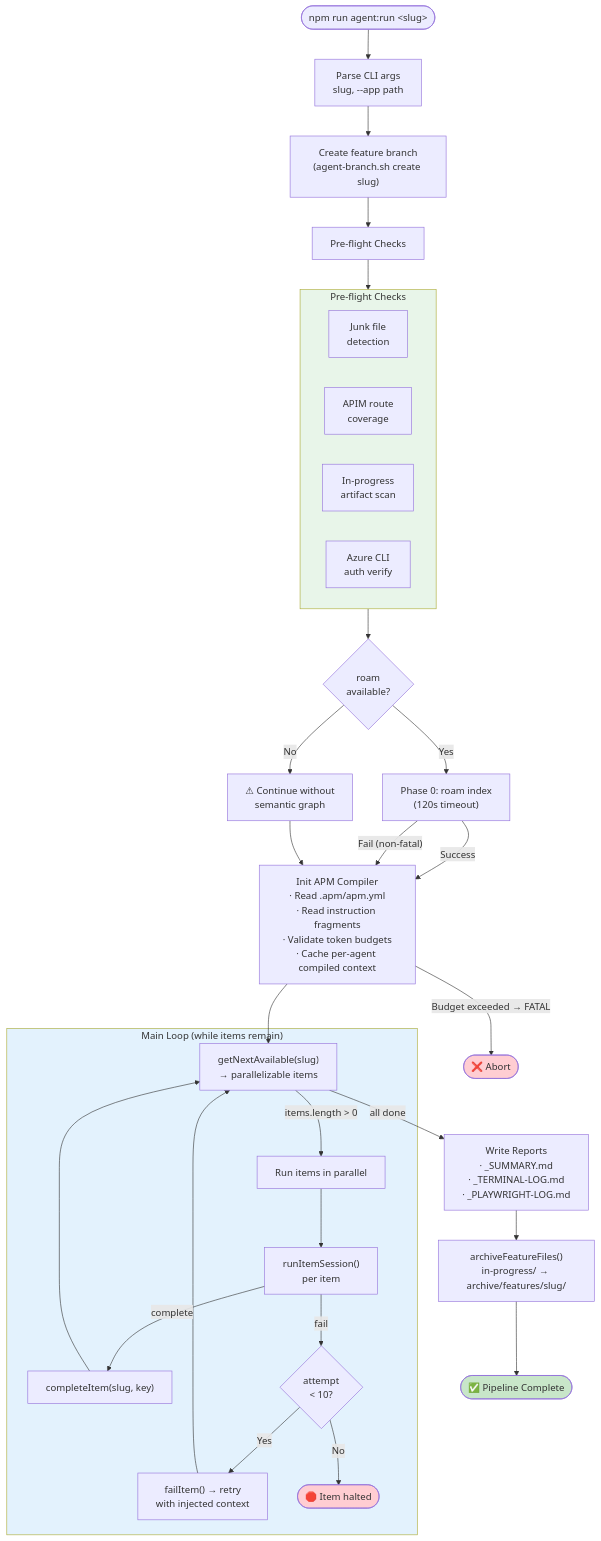
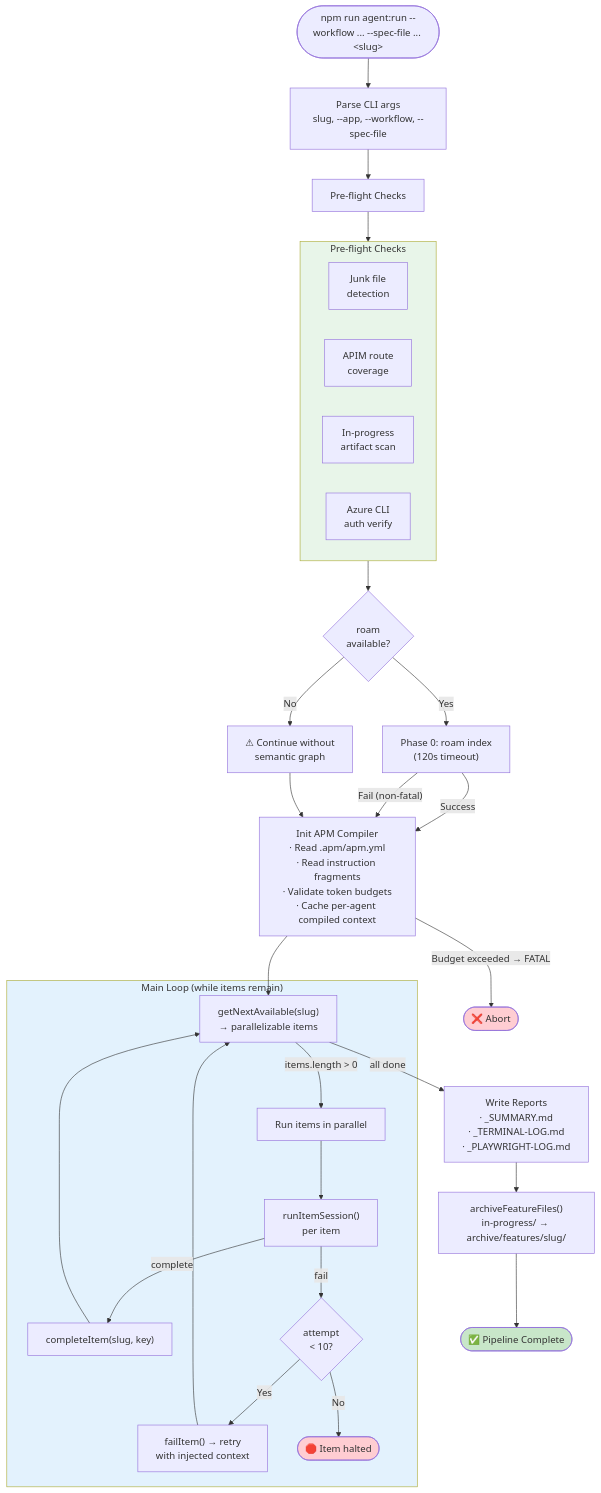
Before and after one commit to RomanKaliupinMelonusa/DAGent-t: the first of 5 diagrams in tools/autonomous-factory/docs/01-watchdog.md, drawn with Mermaid. The commit also changed 31 other files, not shown here.

````diff
--- a/tools/autonomous-factory/docs/01-watchdog.md
+++ b/tools/autonomous-factory/docs/01-watchdog.md
@@ -23,51 +23,49 @@
 ```mermaid
 flowchart TD
-    START(["npm run agent:run &lt;slug&gt;"])
+    START(["npm run agent:run --workflow ... --spec-file ... &lt;slug&gt;"])
 
-    START --> PARSE["Parse CLI args\nslug, --app path"]
-    PARSE --> BRANCH["Create feature branch\n(agent-branch.sh create slug)"]
-
-    BRANCH --> PREFLIGHT["Pre-flight Checks"]
+    START --> PARSE["Parse CLI args\nslug, --app, --workflow, --spec-file"]
+    PARSE --> PREFLIGHT["Pre-flight Checks"]
 
     subgraph PF["Pre-flight Checks"]
         direction LR
         PF1["Junk file\ndetection"]
         PF2["APIM route\ncoverage"]
         PF3["In-progress\nartifact scan"]
         PF4["Azure CLI\nauth verify"]
     end
     PREFLIGHT --> PF
 
     PF --> ROAM{"roam\navailable?"}
     ROAM -->|"Yes"| INDEX["Phase 0: roam index\n(120s timeout)"]
     ROAM -->|"No"| WARN["⚠ Continue without\nsemantic graph"]
     INDEX -->|"Success"| ASSEMBLER
     INDEX -->|"Fail (non-fatal)"| ASSEMBLER
     WARN --> ASSEMBLER
 
     ASSEMBLER["Init APM Compiler\n· Read .apm/apm.yml\n· Read instruction fragments\n· Validate token budgets\n· Cache per-agent compiled context"]
     ASSEMBLER -->|"Budget exceeded → FATAL"| ABORT(["❌ Abort"])
     ASSEMBLER --> LOOP
 
     subgraph MAIN_LOOP["Main Loop (while items remain)"]
         LOOP["getNextAvailable(slug)\n→ parallelizable items"]
         LOOP -->|"items.length > 0"| PARALLEL["Run items in parallel"]
         PARALLEL --> SESSION["runItemSession()\nper item"]
         SESSION -->|"complete"| ADVANCE["completeItem(slug, key)"]
         SESSION -->|"fail"| FAIL_CHECK{"attempt\n< 10?"}
         FAIL_CHECK -->|"Yes"| RETRY["failItem() → retry\nwith injected context"]
         FAIL_CHECK -->|"No"| HALT(["🛑 Item halted"])
         ADVANCE --> LOOP
         RETRY --> LOOP
     end
 
     LOOP -->|"all done"| REPORTS["Write Reports\n· _SUMMARY.md\n· _TERMINAL-LOG.md\n· _PLAYWRIGHT-LOG.md"]
     REPORTS --> ARCHIVE["archiveFeatureFiles()\nin-progress/ → archive/features/slug/"]
     ARCHIVE --> DONE(["✅ Pipeline Complete"])
 
     style PF fill:#e8f5e9
     style MAIN_LOOP fill:#e3f2fd
     style ABORT fill:#ffcdd2
     style HALT fill:#ffcdd2
     style DONE fill:#c8e6c9
 ```
````
